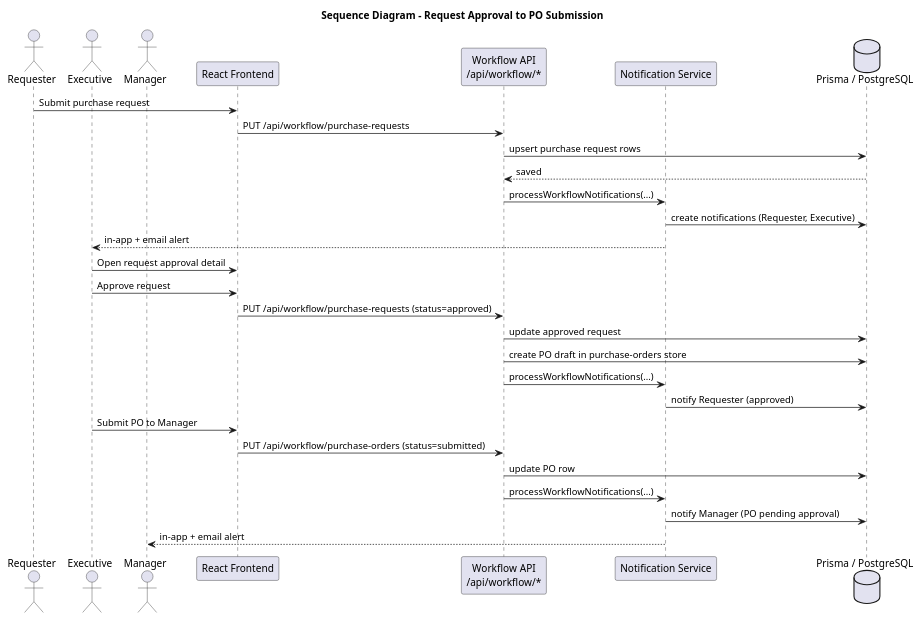
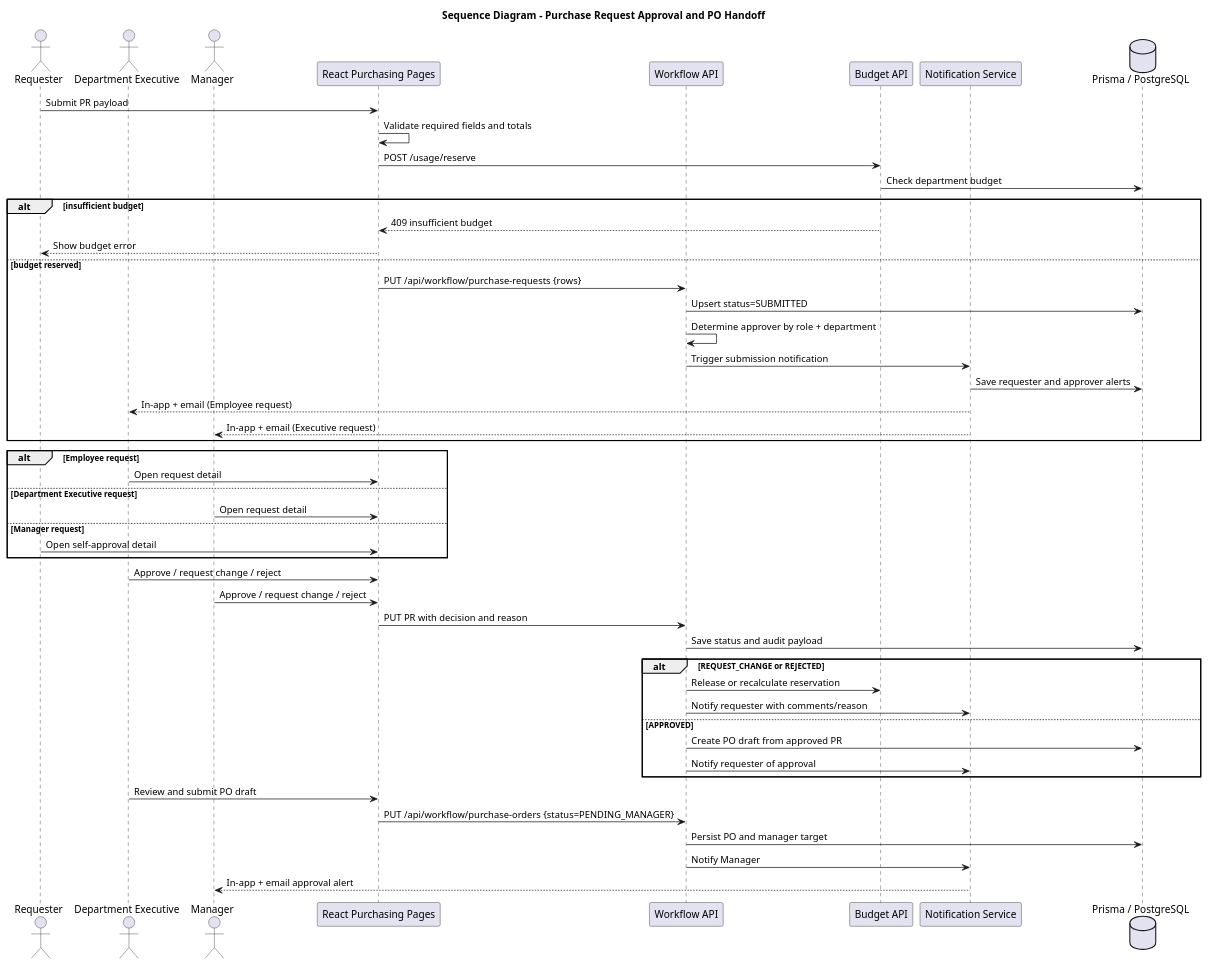
One commit to MoeyChingWei/FYP-MoeyChingWei changed the diagram in Diagram/sequence-request-approval-to-po.puml. Above: the diagram before and after it, drawn with PlantUML. The commit also changed 47 other files, not shown here.

Commit message:
Update for diagram

```diff
--- a/Diagram/sequence-request-approval-to-po.puml
+++ b/Diagram/sequence-request-approval-to-po.puml
@@ -1,35 +1,55 @@
 @startuml
-title Sequence Diagram - Request Approval to PO Submission
+title Sequence Diagram - Purchase Request Approval and PO Handoff
 
 actor Requester
-actor Executive
+actor "Department Executive" as Executive
 actor Manager
-participant "React Frontend" as FE
-participant "Workflow API\n/api/workflow/*" as WF
+participant "React Purchasing Pages" as FE
+participant "Workflow API" as WF
+participant "Budget API" as Budget
 participant "Notification Service" as NS
 database "Prisma / PostgreSQL" as DB
 
-Requester -> FE: Submit purchase request
-FE -> WF: PUT /api/workflow/purchase-requests
-WF -> DB: upsert purchase request rows
-DB --> WF: saved
-WF -> NS: processWorkflowNotifications(...)
-NS -> DB: create notifications (Requester, Executive)
-NS --> Executive: in-app + email alert
+Requester -> FE: Submit PR payload
+FE -> FE: Validate required fields and totals
+FE -> Budget: POST /usage/reserve
+Budget -> DB: Check department budget
+alt insufficient budget
+  Budget --> FE: 409 insufficient budget
+  FE --> Requester: Show budget error
+else budget reserved
+  FE -> WF: PUT /api/workflow/purchase-requests {rows}
+  WF -> DB: Upsert status=SUBMITTED
+  WF -> WF: Determine approver by role + department
+  WF -> NS: Trigger submission notification
+  NS -> DB: Save requester and approver alerts
+  NS --> Executive: In-app + email (Employee request)
+  NS --> Manager: In-app + email (Executive request)
+end
 
-Executive -> FE: Open request approval detail
-Executive -> FE: Approve request
-FE -> WF: PUT /api/workflow/purchase-requests (status=approved)
-WF -> DB: update approved request
-WF -> DB: create PO draft in purchase-orders store
-WF -> NS: processWorkflowNotifications(...)
-NS -> DB: notify Requester (approved)
+alt Employee request
+  Executive -> FE: Open request detail
+else Department Executive request
+  Manager -> FE: Open request detail
+else Manager request
+  Requester -> FE: Open self-approval detail
+end
 
-Executive -> FE: Submit PO to Manager
-FE -> WF: PUT /api/workflow/purchase-orders (status=submitted)
-WF -> DB: update PO row
-WF -> NS: processWorkflowNotifications(...)
-NS -> DB: notify Manager (PO pending approval)
-NS --> Manager: in-app + email alert
+Executive -> FE: Approve / request change / reject
+Manager -> FE: Approve / request change / reject
+FE -> WF: PUT PR with decision and reason
+WF -> DB: Save status and audit payload
+alt REQUEST_CHANGE or REJECTED
+  WF -> Budget: Release or recalculate reservation
+  WF -> NS: Notify requester with comments/reason
+else APPROVED
+  WF -> DB: Create PO draft from approved PR
+  WF -> NS: Notify requester of approval
+end
 
+Executive -> FE: Review and submit PO draft
+FE -> WF: PUT /api/workflow/purchase-orders {status=PENDING_MANAGER}
+WF -> DB: Persist PO and manager target
+WF -> NS: Notify Manager
+NS --> Manager: In-app + email approval alert
 @enduml
```
